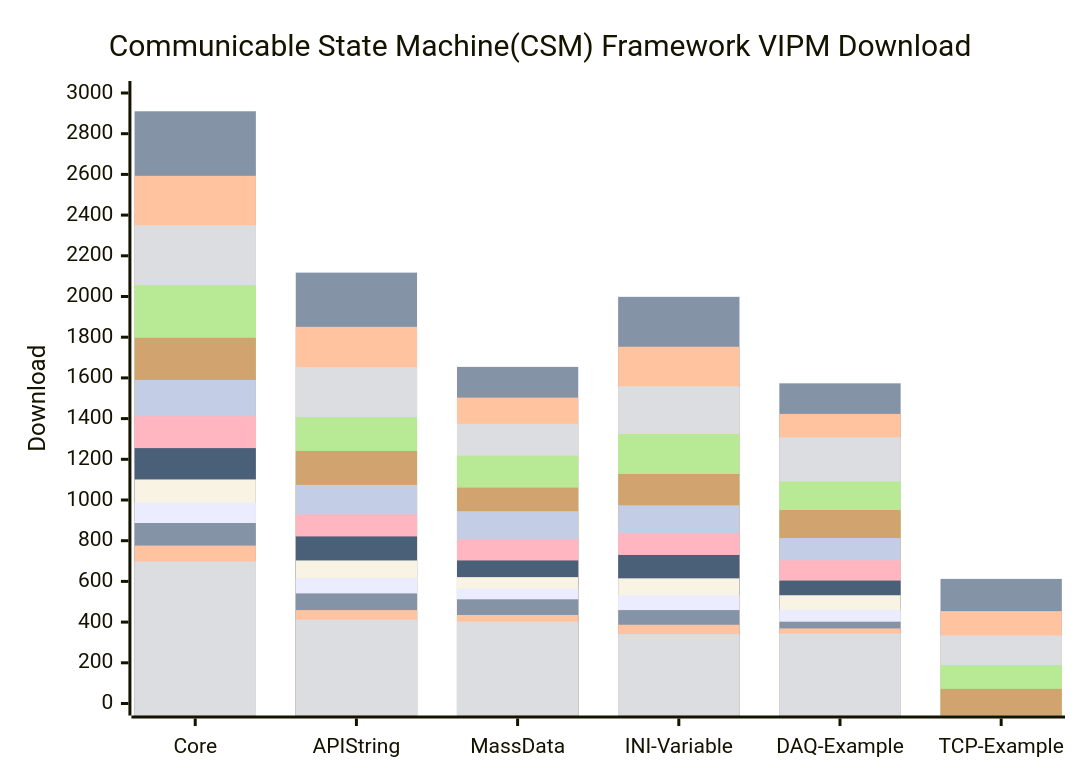
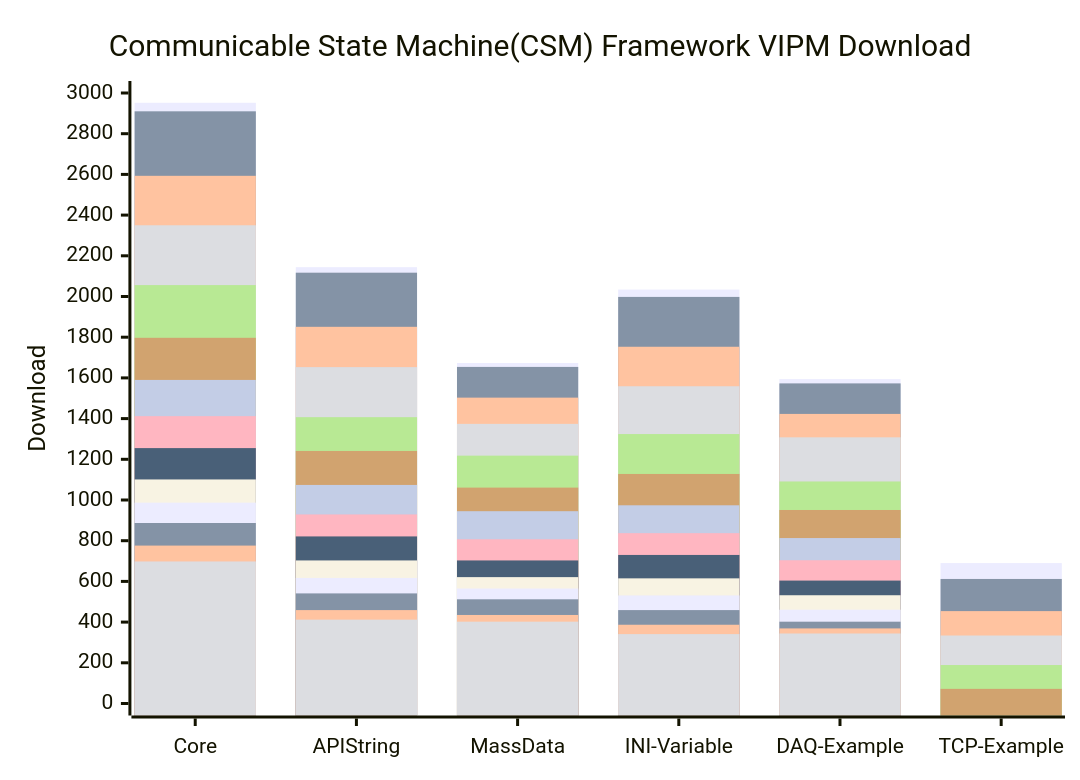
The diagram in profile/README.md (NEVSTOP-LAB/.github), drawn with Mermaid before and after one commit.

````diff
--- a/profile/README.md
+++ b/profile/README.md
@@ -31,20 +31,20 @@
 ```mermaid
     xychart-beta
     title "Communicable State Machine(CSM) Framework VIPM Download"
     x-axis [Core, API String, MassData, INI-Variable, DAQ-Example, TCP-Example]
     y-axis "Download" 0 --> 3000
-    bar   [2912, 2119, 1655, 2000, 1574, 614]
+    bar   [2952, 2144, 1673, 2034, 1594, 690]
     bar   [2910, 2117, 1654, 1998, 1573, 612]
     bar   [2593, 1851, 1503, 1753, 1423, 454]
     bar   [2350, 1653, 1374, 1559, 1308, 334]
     bar   [2056, 1407, 1218, 1324, 1091, 189]
     bar   [1797, 1241, 1061, 1128, 951, 72]
     bar   [1590, 1074, 945, 974, 813]
     bar   [1412, 929, 807, 837, 704]
     bar   [1255, 821, 703, 730, 604]
     bar   [1101, 703, 621, 615, 532]
     bar   [987, 617, 565, 531, 461]
     bar   [887, 541, 512, 459, 402]
     bar   [776, 459, 435, 387, 369]
     bar   [698, 412, 402, 341, 344]
 ```
````
